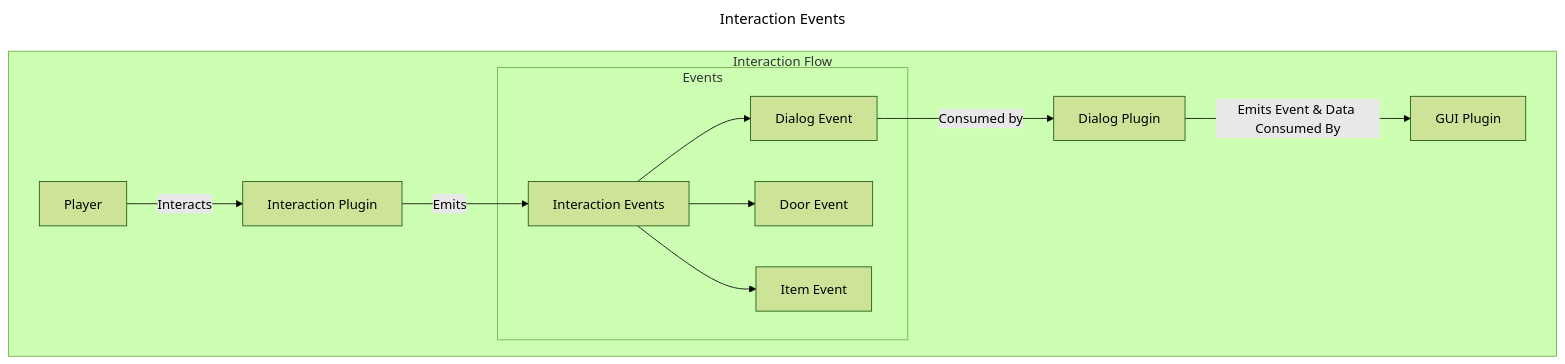
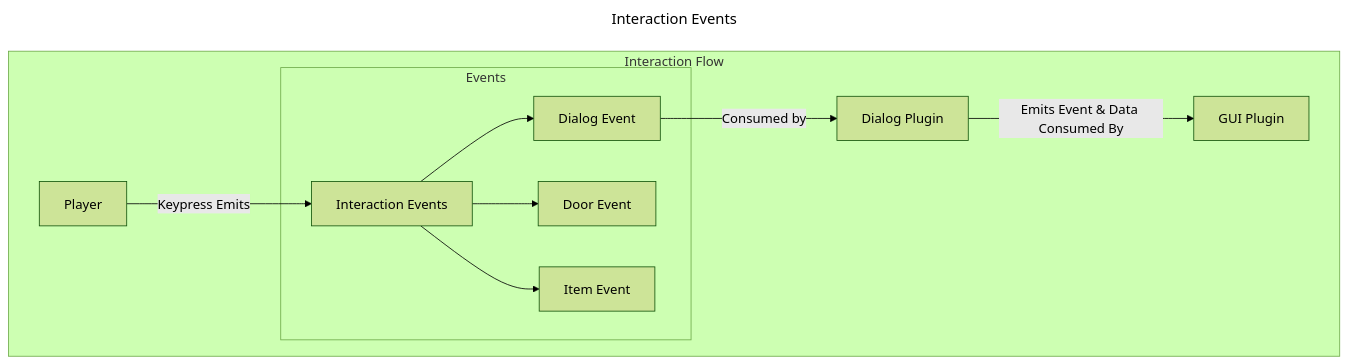
Before and after one commit to Jolvera2001/room-world: the second of 2 diagrams in design_doc.md, drawn with Mermaid (forest theme). The commit also changed 1 other file, not shown here.

Commit message:
updated mod and design doc

````diff
--- a/design_doc.md
+++ b/design_doc.md
@@ -26,33 +26,28 @@
 ```mermaid
 ---
 title: Interaction Events
 ---
 flowchart TD
 
 subgraph Interaction Flow
     P[Player]
-    %% Need to rewrite code on keeping interaction control only to player
-    %% Should not be controlled by other systems to keep interactions contained
-    %% In One place
-    Int[Interaction Plugin]
     DP[Dialog Plugin]
     GUI[GUI Plugin]
     subgraph Events
         IE[Interaction Events]
         DE[Dialog Event]
         DoE[Door Event]
         ItE[Item Event]
     end
 end
 
-P --> |Interacts| Int 
-Int --> |Emits| IE
+P --> |Keypress Emits| IE 
 
 IE --> DE
 IE --> DoE
 IE --> ItE
 
 DE --> |Consumed by| DP
 
 DP --> |Emits Event & Data Consumed By| GUI
 ```
````
